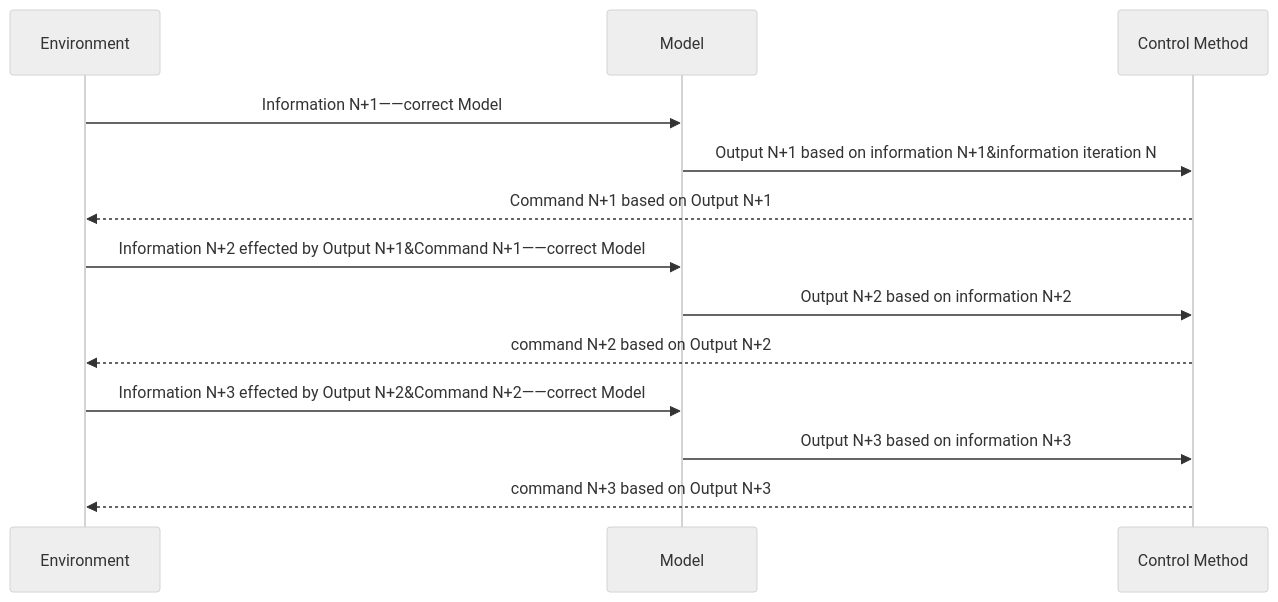
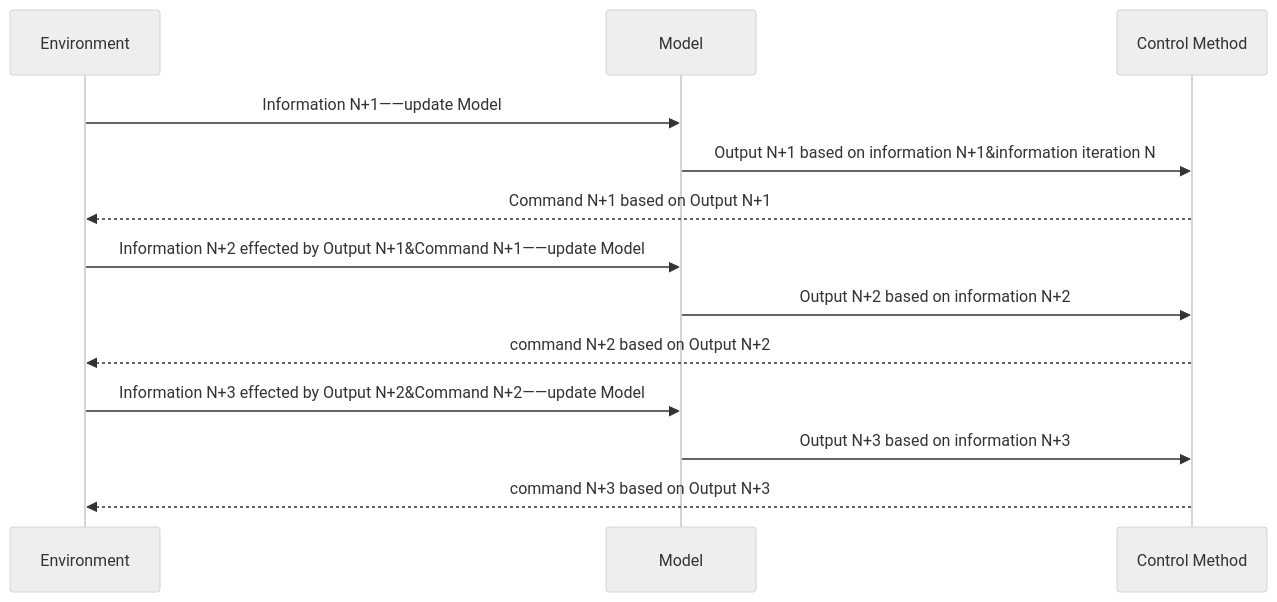
The second of 2 diagrams in content/posts/blog12/index.md (Hurricane-k/carry-bio), drawn with Mermaid (neutral theme) before and after one commit. The commit also changed 1 other file, not shown here.

Commit message:
update blog 12

```diff
--- a/content/posts/blog12/index.md
+++ b/content/posts/blog12/index.md
@@ -28,14 +28,14 @@
 {{<mermaid align="center">}}
 sequenceDiagram 
-    Environment ->> Model: Information N+1——correct Model
+    Environment ->> Model: Information N+1——update Model
     Model ->> Control Method: Output N+1 based on information N+1&information iteration N
     Control Method-->> Environment: Command N+1 based on Output N+1
 
-    Environment ->> Model: Information N+2 effected by Output N+1&Command N+1——correct Model
+    Environment ->> Model: Information N+2 effected by Output N+1&Command N+1——update Model
     Model ->> Control Method: Output N+2 based on information N+2
     Control Method-->> Environment: command N+2 based on Output N+2
 
-    Environment ->> Model: Information N+3 effected by Output N+2&Command N+2——correct Model
+    Environment ->> Model: Information N+3 effected by Output N+2&Command N+2——update Model
     Model ->> Control Method: Output N+3 based on information N+3
     Control Method-->> Environment: command N+3 based on Output N+3
 {{</mermaid>}}
```
